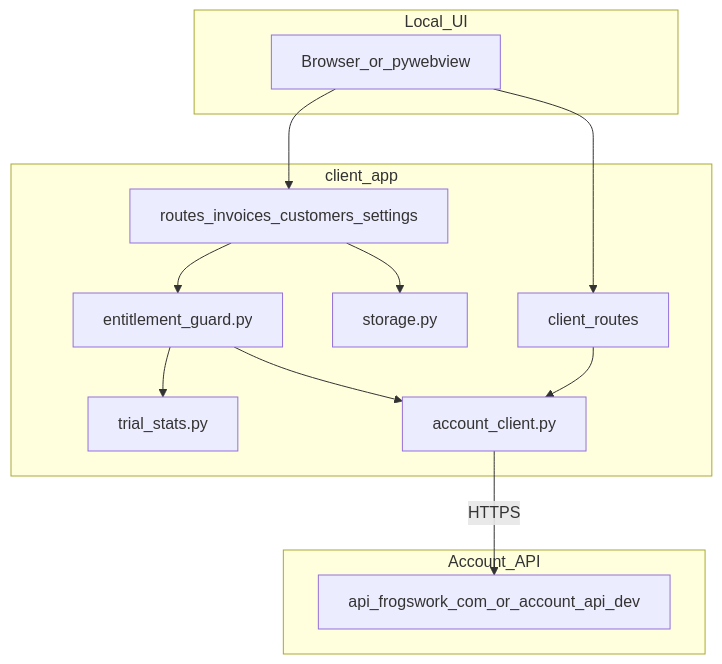
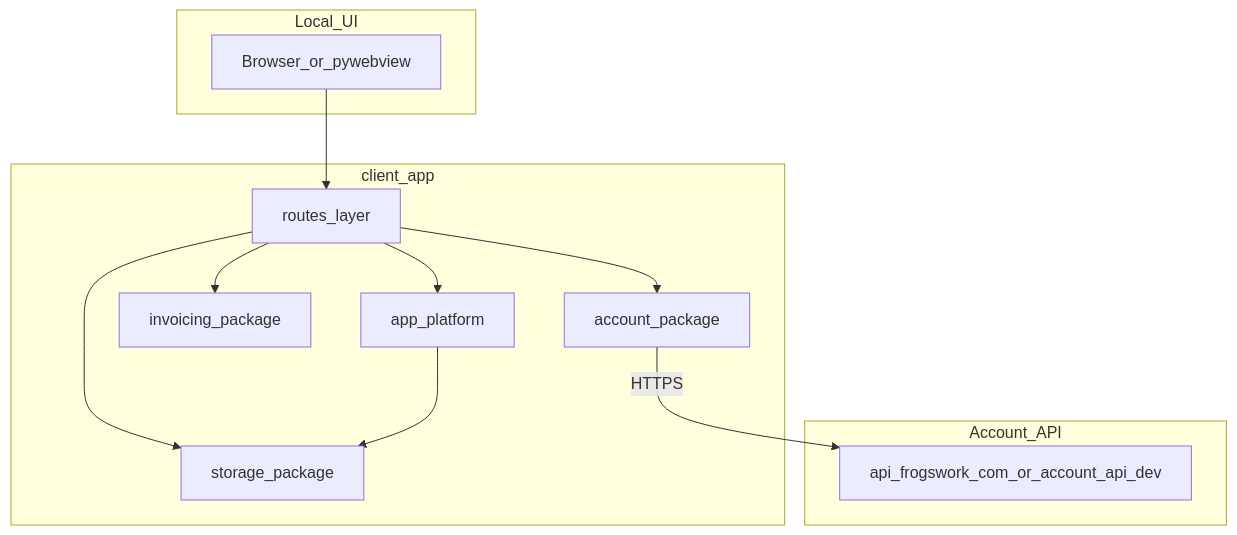
One commit to KorraOne/FrogsWorkInvoicer changed the diagram in client_app/ARCHITECTURE.md. Above: the diagram before and after it, drawn with Mermaid. The commit also changed other lines of this file and 52 other files, not shown here.

Commit message:
refactor client app

````diff
--- a/client_app/ARCHITECTURE.md
+++ b/client_app/ARCHITECTURE.md
@@ -7,25 +7,23 @@
 ```mermaid
 flowchart TB
     subgraph ui [Local_UI]
         Browser[Browser_or_pywebview]
     end
     subgraph flask [client_app]
-        Routes[routes_invoices_customers_settings]
-        AccountRoutes[client_routes]
-        Storage[storage.py]
-        Trial[trial_stats.py]
-        Entitlement[entitlement_guard.py]
-        AccountClient[account_client.py]
+        Routes[routes_layer]
+        StoragePkg[storage_package]
+        AccountPkg[account_package]
+        InvoicingPkg[invoicing_package]
+        AppPlatform[app_platform]
     end
     subgraph remote [Account_API]
         API[api_frogswork_com_or_account_api_dev]
     end
     Browser --> Routes
-    Browser --> AccountRoutes
-    Routes --> Storage
-    Routes --> Entitlement
-    Entitlement --> Trial
-    Entitlement --> AccountClient
-    AccountRoutes --> AccountClient
-    AccountClient -->|HTTPS| API
+    Routes --> StoragePkg
+    Routes --> AccountPkg
+    Routes --> InvoicingPkg
+    Routes --> AppPlatform
+    AccountPkg -->|HTTPS| API
+    AppPlatform --> StoragePkg
 ```
````
